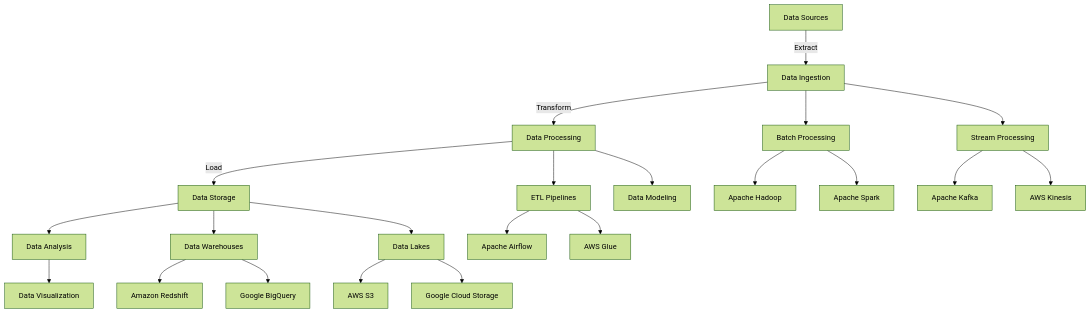
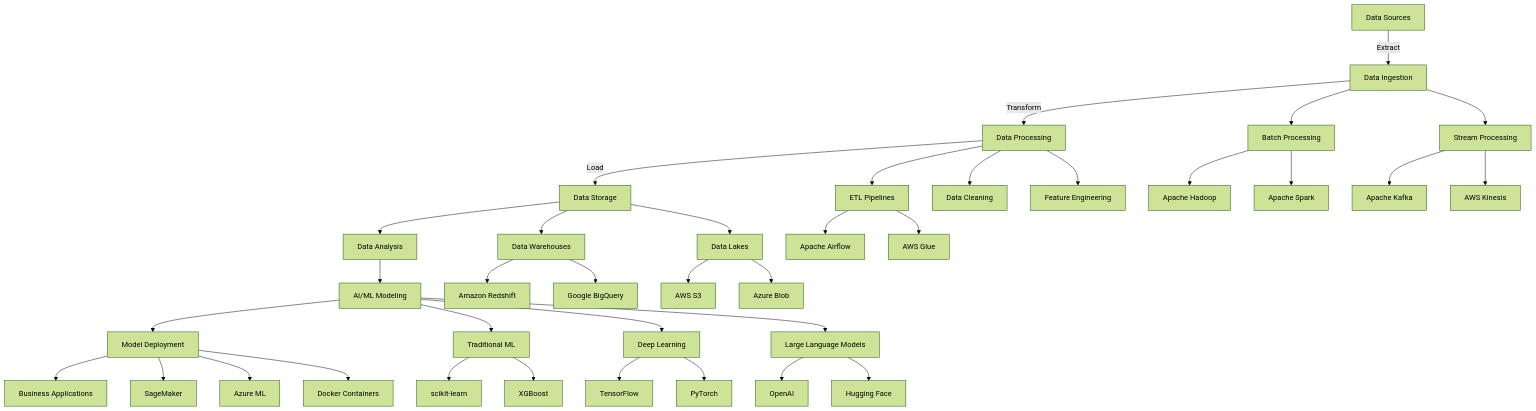
The second of 2 diagrams in README.md (dheeraz07/dheeraz07), drawn with Mermaid (forest theme) before and after one commit. The commit also changed other lines of this file, not shown here.

````diff
--- a/README.md
+++ b/README.md
@@ -57,32 +138,52 @@
 ```mermaid
 graph TD
     A[Data Sources] -->|Extract| B[Data Ingestion]
     B -->|Transform| C[Data Processing]
     C -->|Load| D[Data Storage]
     D --> E[Data Analysis]
-    E --> F[Data Visualization]
+    E --> F[AI/ML Modeling]
+    F --> G[Model Deployment]
+    G --> H[Business Applications]
     
-    B --> G[Batch Processing]
-    B --> H[Stream Processing]
+    B --> I[Batch Processing]
+    B --> J[Stream Processing]
     
-    G --> I[Apache Hadoop]
-    G --> J[Apache Spark]
+    I --> K[Apache Hadoop]
+    I --> L[Apache Spark]
     
-    H --> K[Apache Kafka]
-    H --> L[AWS Kinesis]
+    J --> M[Apache Kafka]
+    J --> N[AWS Kinesis]
     
-    C --> M[ETL Pipelines]
-    C --> N[Data Modeling]
+    C --> O[ETL Pipelines]
+    C --> P[Data Cleaning]
+    C --> Q[Feature Engineering]
     
-    M --> O[Apache Airflow]
-    M --> P[AWS Glue]
+    O --> R[Apache Airflow]
+    O --> S[AWS Glue]
     
-    D --> Q[Data Warehouses]
-    D --> R[Data Lakes]
+    D --> T[Data Warehouses]
+    D --> U[Data Lakes]
     
-    Q --> S[Amazon Redshift]
-    Q --> T[Google BigQuery]
+    T --> V[Amazon Redshift]
+    T --> W[Google BigQuery]
     
-    R --> U[AWS S3]
-    R --> V[Google Cloud Storage]
+    U --> X[AWS S3]
+    U --> Y[Azure Blob]
+    
+    F --> Z[Traditional ML]
+    F --> AA[Deep Learning]
+    F --> AB[Large Language Models]
+    
+    Z --> AC[scikit-learn]
+    Z --> AD[XGBoost]
+    
+    AA --> AE[TensorFlow]
+    AA --> AF[PyTorch]
+    
+    AB --> AG[OpenAI]
+    AB --> AH[Hugging Face]
+    
+    G --> AI[SageMaker]
+    G --> AJ[Azure ML]
+    G --> AK[Docker Containers]
 ```
````
